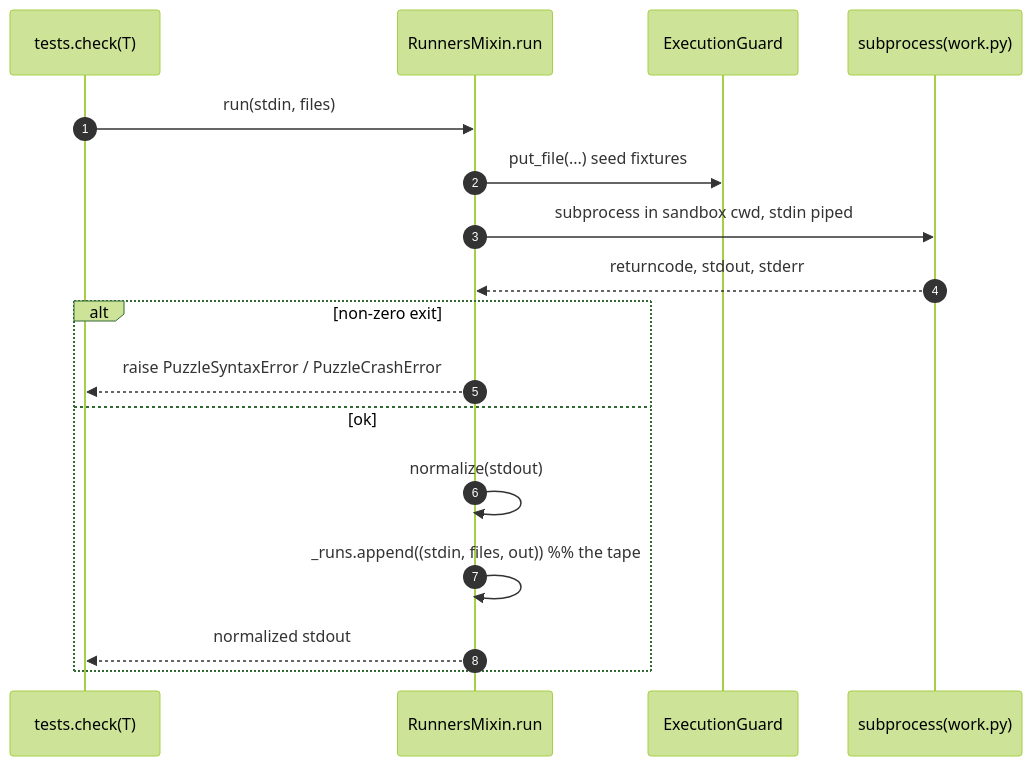
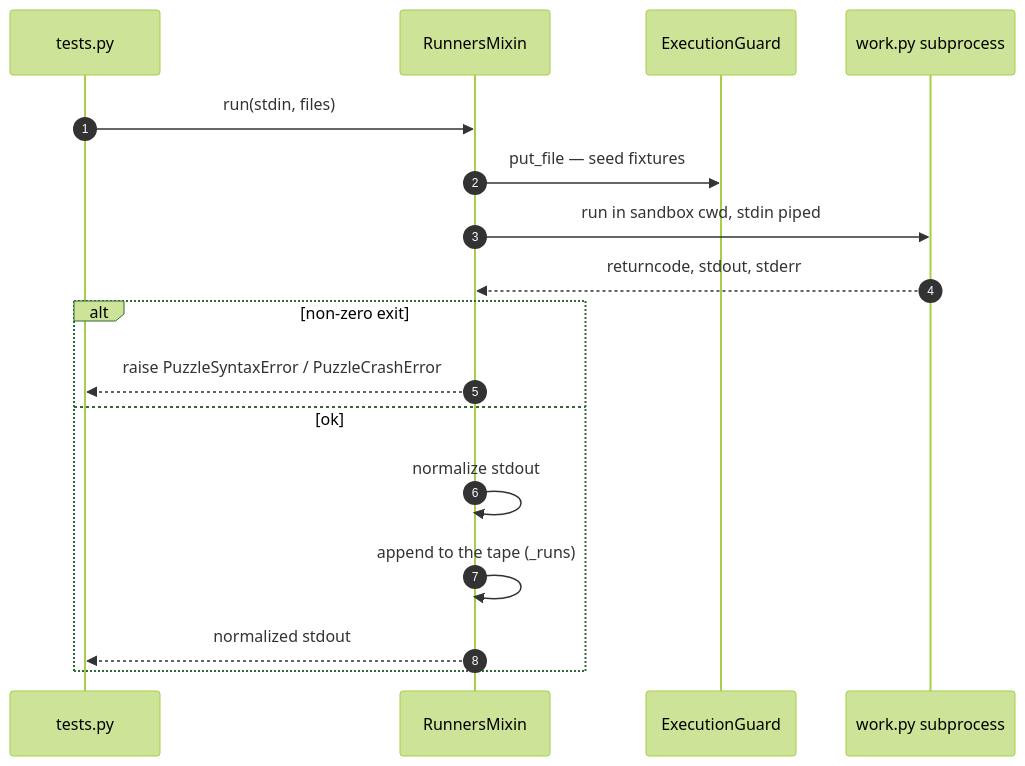
Before and after one commit to N041M/PyQuest: the fifth of 7 diagrams in docs/architecture/toolkit.md, drawn with Mermaid (forest theme). The commit also changed other lines of this file and 5 other files, not shown here.

First line of the commit message:
Polish architecture diagrams; add puzzle-consumption view

````diff
--- a/docs/architecture/toolkit.md
+++ b/docs/architecture/toolkit.md
@@ -156,19 +145,19 @@
 ```mermaid
 sequenceDiagram
     autonumber
-    participant Test as tests.check(T)
-    participant R as RunnersMixin.run
+    participant Test as tests.py
+    participant R as RunnersMixin
     participant G as ExecutionGuard
-    participant P as subprocess(work.py)
+    participant P as work.py subprocess
     Test->>R: run(stdin, files)
-    R->>G: put_file(...) seed fixtures
-    R->>P: subprocess in sandbox cwd, stdin piped
+    R->>G: put_file — seed fixtures
+    R->>P: run in sandbox cwd, stdin piped
     P-->>R: returncode, stdout, stderr
     alt non-zero exit
         R-->>Test: raise PuzzleSyntaxError / PuzzleCrashError
     else ok
-        R->>R: normalize(stdout)
-        R->>R: _runs.append((stdin, files, out))  %% the tape
+        R->>R: normalize stdout
+        R->>R: append to the tape (_runs)
         R-->>Test: normalized stdout
     end
 ```
````
